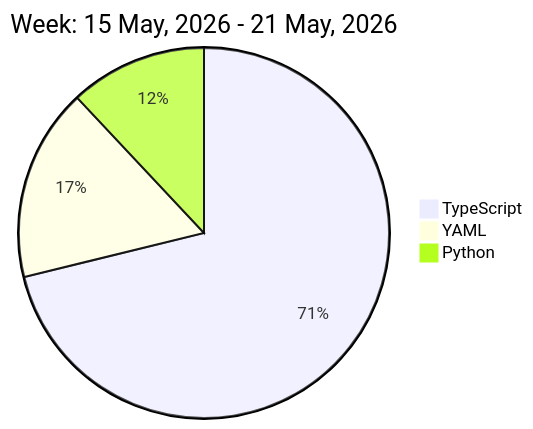
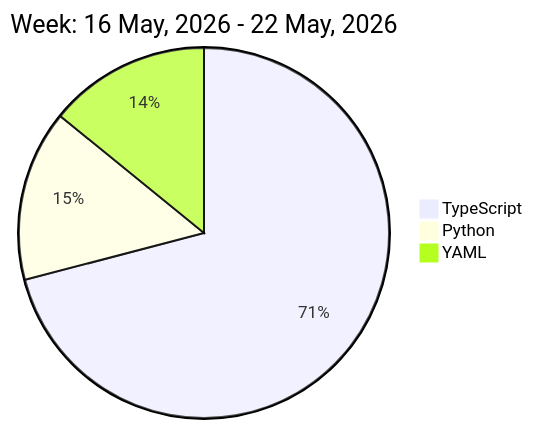
Before and after one commit to liubin95/liubin95: the diagram in README.md, drawn with Mermaid.

Commit message:
Updated the Graph with new Metrics

````diff
--- a/README.md
+++ b/README.md
@@ -32,7 +32,7 @@
 ```mermaid
  pie
-title Week: 15 May, 2026 - 21 May, 2026
- "TypeScript" : 12.35
- "YAML" : 2.92
- "Python" : 2.08
+title Week: 16 May, 2026 - 22 May, 2026
+ "TypeScript" : 13.15
+ "Python" : 2.77
+ "YAML" : 2.62
 ```
````
